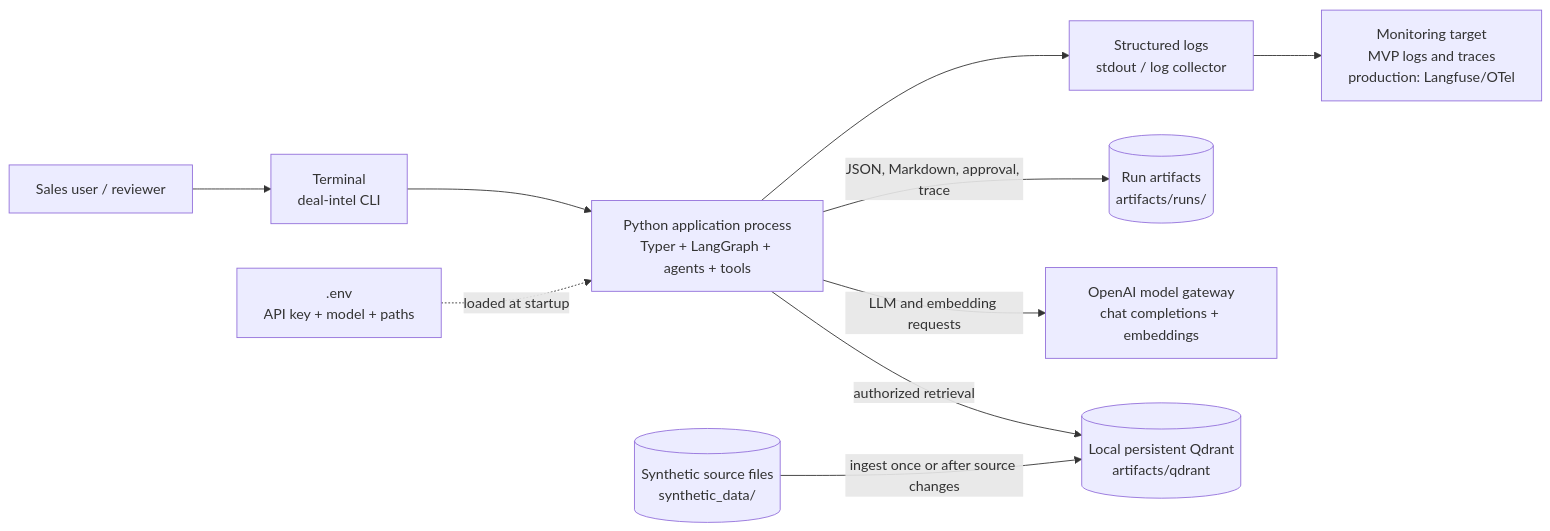
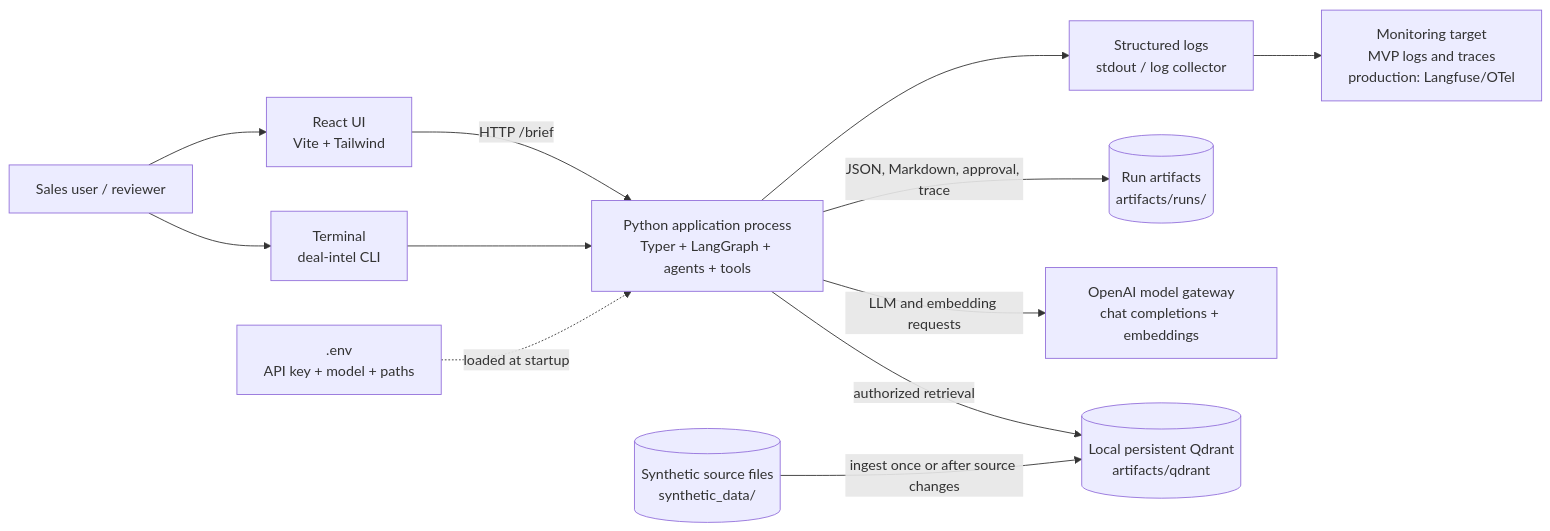
The second of 2 diagrams in ARCHITECTURE.md (odedgol/deal-mind), drawn with Mermaid before and after one commit. The commit also changed other lines of this file and 1 other file, not shown here.

````diff
--- a/ARCHITECTURE.md
+++ b/ARCHITECTURE.md
@@ -81,23 +84,26 @@
 ```mermaid
 flowchart LR
     USER[Sales user / reviewer]
     CLI[Terminal<br/>deal-intel CLI]
+    WEB[React UI<br/>Vite + Tailwind]
     ENV[.env<br/>API key + model + paths]
     APP[Python application process<br/>Typer + LangGraph + agents + tools]
     MODEL[OpenAI model gateway<br/>chat completions + embeddings]
     QDRANT[(Local persistent Qdrant<br/>artifacts/qdrant)]
     SOURCES[(Synthetic source files<br/>synthetic_data/)]
     RUNS[(Run artifacts<br/>artifacts/runs/<run_id>)]
     LOGS[Structured logs<br/>stdout / log collector]
     MONITOR[Monitoring target<br/>MVP logs and traces<br/>production: Langfuse/OTel]
 
     USER --> CLI
+    USER --> WEB
     ENV -. loaded at startup .-> APP
     CLI --> APP
+    WEB -->|HTTP /brief| APP
     SOURCES -->|ingest once or after source changes| QDRANT
     APP -->|authorized retrieval| QDRANT
     APP -->|LLM and embedding requests| MODEL
     APP -->|JSON, Markdown, approval, trace| RUNS
     APP --> LOGS
     LOGS --> MONITOR
 ```
````
